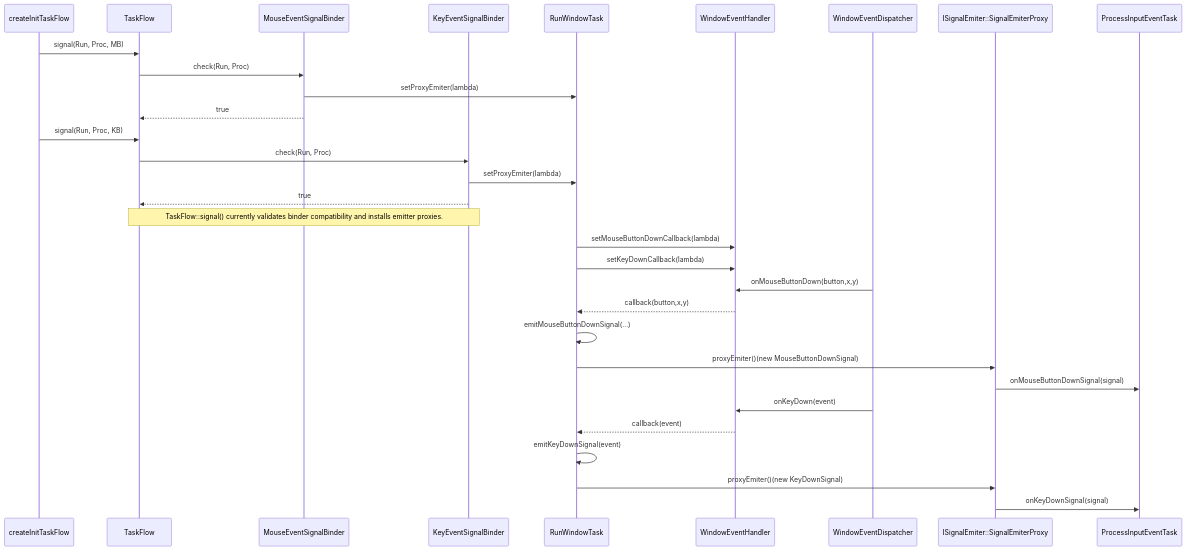
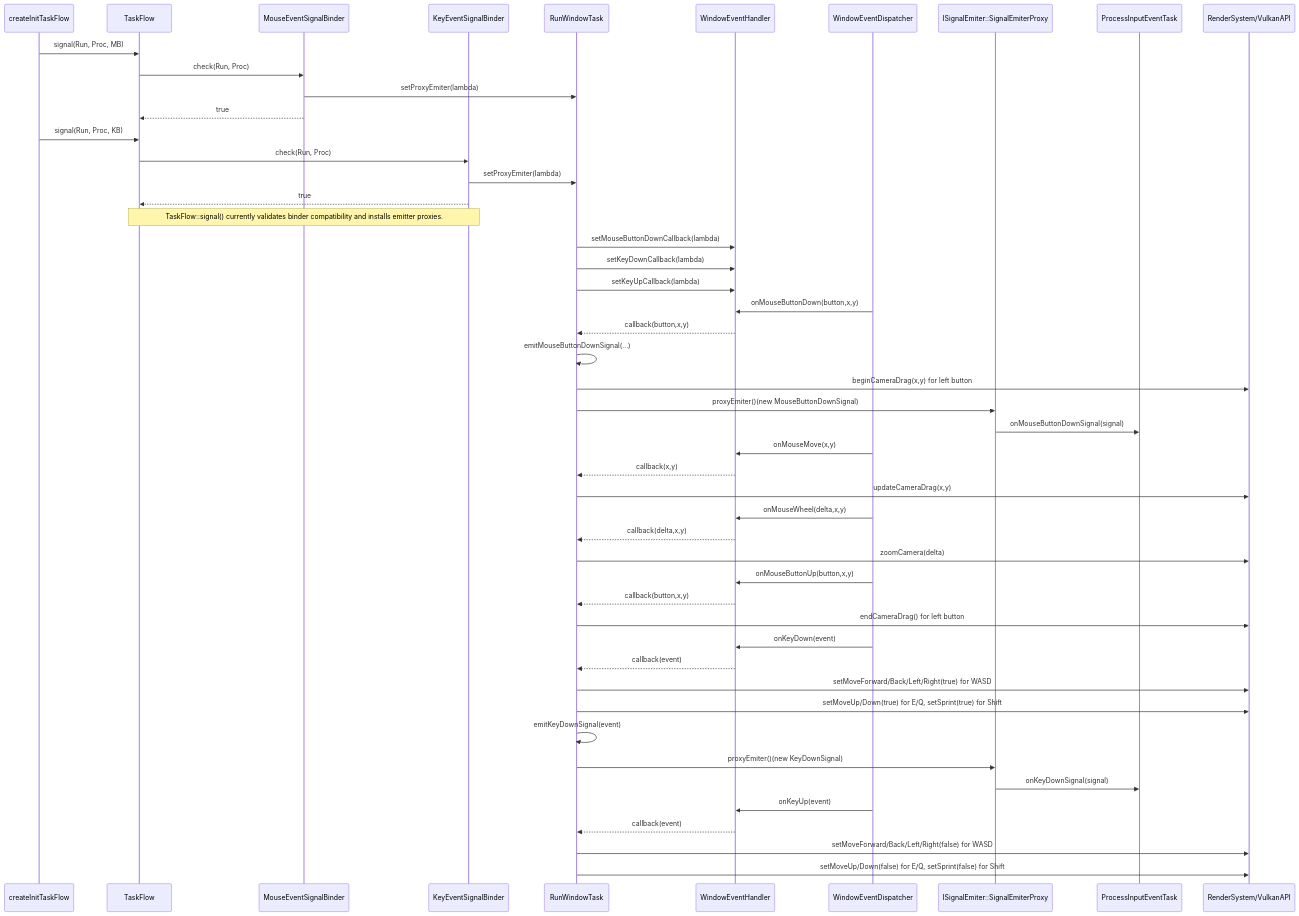
One commit to vigine-dev/Vigine changed the diagram in doc/sequence-window-signal.md. Above: the diagram before and after it, drawn with Mermaid. The commit also changed other lines of this file and 13 other files, not shown here.

````diff
--- a/doc/sequence-window-signal.md
+++ b/doc/sequence-window-signal.md
@@ -3,39 +3,61 @@
 ```mermaid
 sequenceDiagram
 participant Main as createInitTaskFlow
 participant TF as TaskFlow
 participant MB as MouseEventSignalBinder
 participant KB as KeyEventSignalBinder
 participant Run as RunWindowTask
 participant Handler as WindowEventHandler
 participant Disp as WindowEventDispatcher
 participant Proxy as ISignalEmiter::SignalEmiterProxy
 participant Proc as ProcessInputEventTask
+participant Render as RenderSystem/VulkanAPI
 
 Main->>TF: signal(Run, Proc, MB)
 TF->>MB: check(Run, Proc)
 MB->>Run: setProxyEmiter(lambda)
 MB-->>TF: true
 
 Main->>TF: signal(Run, Proc, KB)
 TF->>KB: check(Run, Proc)
 KB->>Run: setProxyEmiter(lambda)
 KB-->>TF: true
 
 Note over TF,KB: TaskFlow::signal() currently validates binder compatibility and installs emitter proxies.
 
 Run->>Handler: setMouseButtonDownCallback(lambda)
 Run->>Handler: setKeyDownCallback(lambda)
+Run->>Handler: setKeyUpCallback(lambda)
 
 Disp->>Handler: onMouseButtonDown(button,x,y)
 Handler-->>Run: callback(button,x,y)
 Run->>Run: emitMouseButtonDownSignal(...)
+Run->>Render: beginCameraDrag(x,y) for left button
 Run->>Proxy: proxyEmiter()(new MouseButtonDownSignal)
 Proxy->>Proc: onMouseButtonDownSignal(signal)
 
+Disp->>Handler: onMouseMove(x,y)
+Handler-->>Run: callback(x,y)
+Run->>Render: updateCameraDrag(x,y)
+
+Disp->>Handler: onMouseWheel(delta,x,y)
+Handler-->>Run: callback(delta,x,y)
+Run->>Render: zoomCamera(delta)
+
+Disp->>Handler: onMouseButtonUp(button,x,y)
+Handler-->>Run: callback(button,x,y)
+Run->>Render: endCameraDrag() for left button
+
 Disp->>Handler: onKeyDown(event)
 Handler-->>Run: callback(event)
+Run->>Render: setMoveForward/Back/Left/Right(true) for WASD
+Run->>Render: setMoveUp/Down(true) for E/Q, setSprint(true) for Shift
 Run->>Run: emitKeyDownSignal(event)
 Run->>Proxy: proxyEmiter()(new KeyDownSignal)
 Proxy->>Proc: onKeyDownSignal(signal)
+
+Disp->>Handler: onKeyUp(event)
+Handler-->>Run: callback(event)
+Run->>Render: setMoveForward/Back/Left/Right(false) for WASD
+Run->>Render: setMoveUp/Down(false) for E/Q, setSprint(false) for Shift
 ```
````
